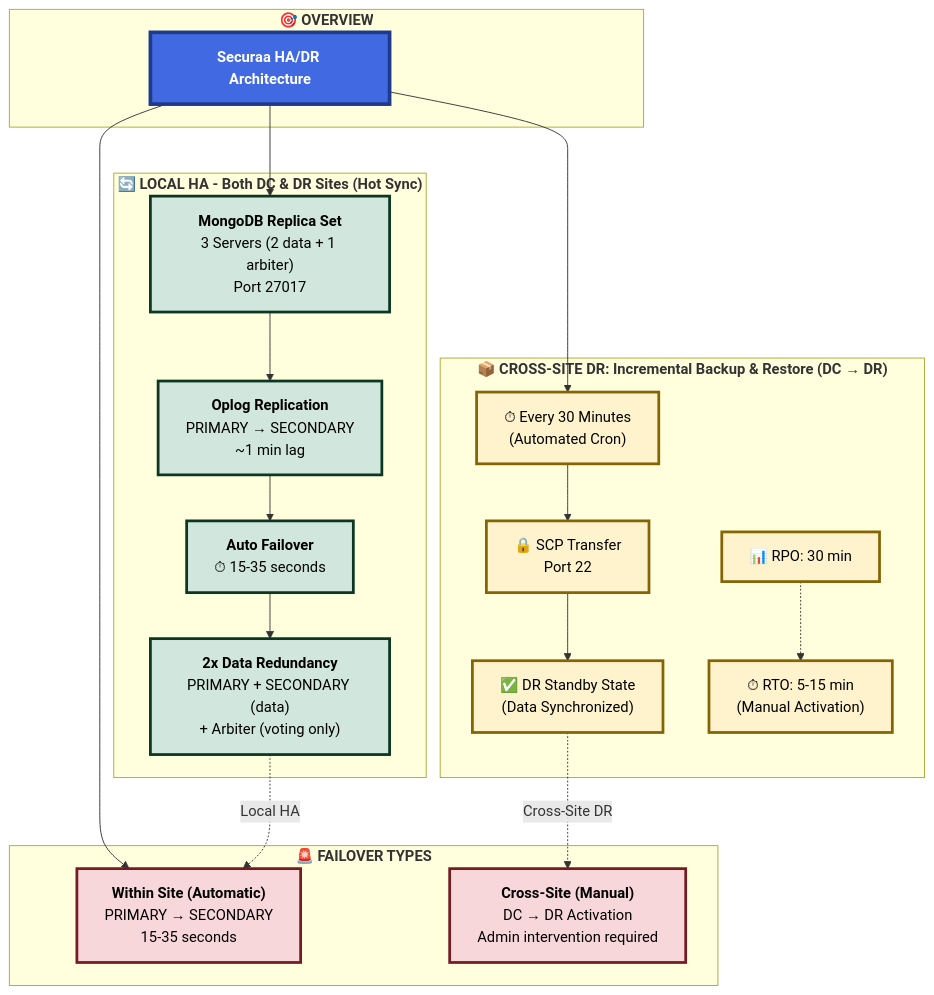
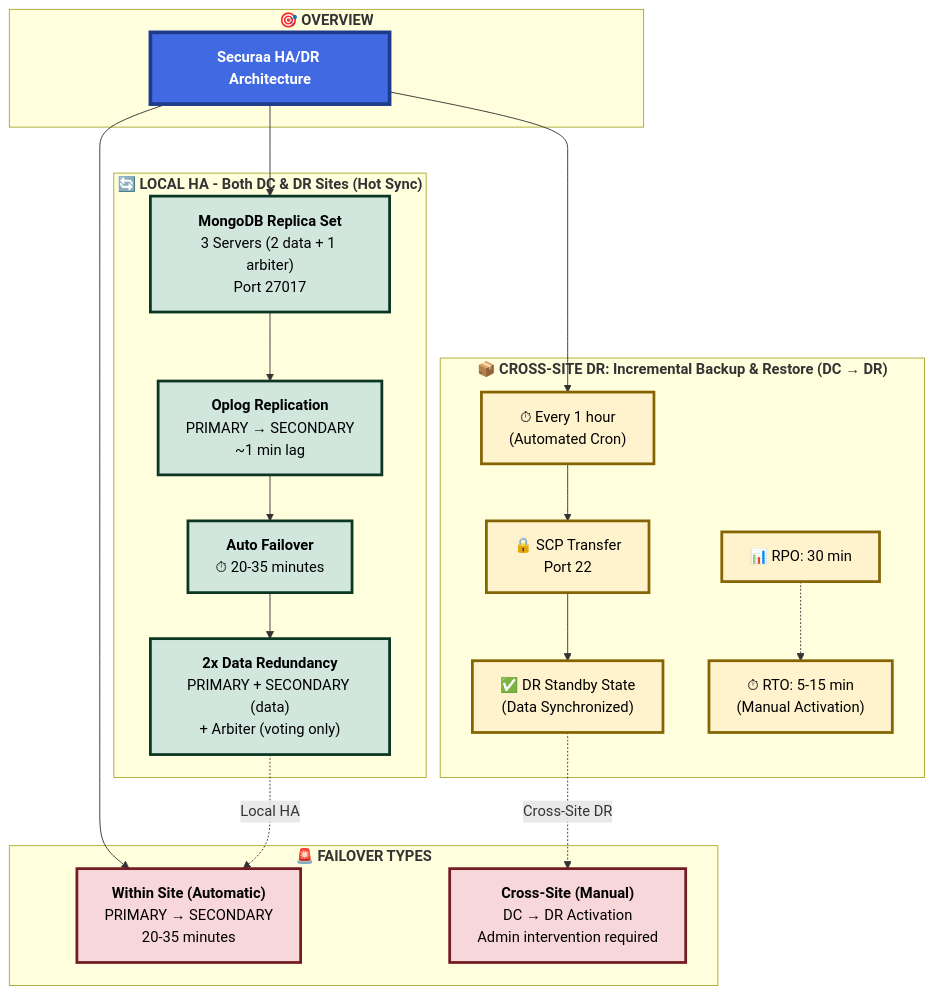
Diagram 12 of 12 in HA_DR_Architecture_Documentation_dt2.md (Karthikhvr/customers-docs), drawn with Mermaid before and after one commit. The commit also changed other lines of this file, not shown here.

Commit message:
Updated Incremental backup interval to 1 hr and secondary fail over to 20-35 minutes instead of seconds

````diff
--- a/HA_DR_Architecture_Documentation_dt2.md
+++ b/HA_DR_Architecture_Documentation_dt2.md
@@ -776,48 +776,48 @@
 ```mermaid
 graph TB
     subgraph OVERVIEW["<b>🎯 OVERVIEW</b>"]
         TITLE["<b>Securaa HA/DR Architecture</b>"]
     end
     
     subgraph LHA["<b>🔄 LOCAL HA - Both DC & DR Sites (Hot Sync)</b>"]
         LHA1["<b>MongoDB Replica Set</b><br/>3 Servers (2 data + 1 arbiter)<br/>Port 27017"]
         LHA2["<b>Oplog Replication</b><br/>PRIMARY → SECONDARY<br/>~1 min lag"]
-        LHA3["<b>Auto Failover</b><br/>⏱ 15-35 seconds"]
+        LHA3["<b>Auto Failover</b><br/>⏱ 20-35 minutes"]
         LHA4["<b>2x Data Redundancy</b><br/>PRIMARY + SECONDARY (data)<br/>+ Arbiter (voting only)"]
         
         LHA1 --> LHA2 --> LHA3 --> LHA4
     end
     
     subgraph IB["<b>📦 CROSS-SITE DR: Incremental Backup & Restore (DC → DR)</b>"]
-        IB1["⏱ Every 30 Minutes<br/>(Automated Cron)"]
+        IB1["⏱ Every 1 hour<br/>(Automated Cron)"]
         IB2["🔒 SCP Transfer<br/>Port 22"]
         IB3["✅ DR Standby State<br/>(Data Synchronized)"]
         IB4["📊 RPO: 30 min"]
         IB5["⏱ RTO: 5-15 min<br/>(Manual Activation)"]
         
         IB1 --> IB2 --> IB3
         IB4 -.-> IB5
     end
     
     subgraph FO["<b>🚨 FAILOVER TYPES</b>"]
-        FO1["<b>Within Site (Automatic)</b><br/>PRIMARY → SECONDARY<br/>15-35 seconds"]
+        FO1["<b>Within Site (Automatic)</b><br/>PRIMARY → SECONDARY<br/>20-35 minutes"]
         FO2["<b>Cross-Site (Manual)</b><br/>DC → DR Activation<br/>Admin intervention required"]
     end
     
     TITLE --> LHA1
     TITLE --> IB1
     TITLE --> FO1
     
     LHA4 -.->|"Local HA"| FO1
     IB3 -.->|"Cross-Site DR"| FO2
     
     classDef titleStyle fill:#4169e1,stroke:#1e3a8a,stroke-width:4px,color:#fff,font-size:16px
     classDef localHA fill:#d1e7dd,stroke:#0a3622,stroke-width:3px,color:#000
     classDef backup fill:#fff3cd,stroke:#856404,stroke-width:3px,color:#000
     classDef failover fill:#f8d7da,stroke:#721c24,stroke-width:3px,color:#000
     
     class TITLE titleStyle
     class LHA1,LHA2,LHA3,LHA4 localHA
     class IB1,IB2,IB3,IB4,IB5 backup
     class FO1,FO2 failover
 ```
````
